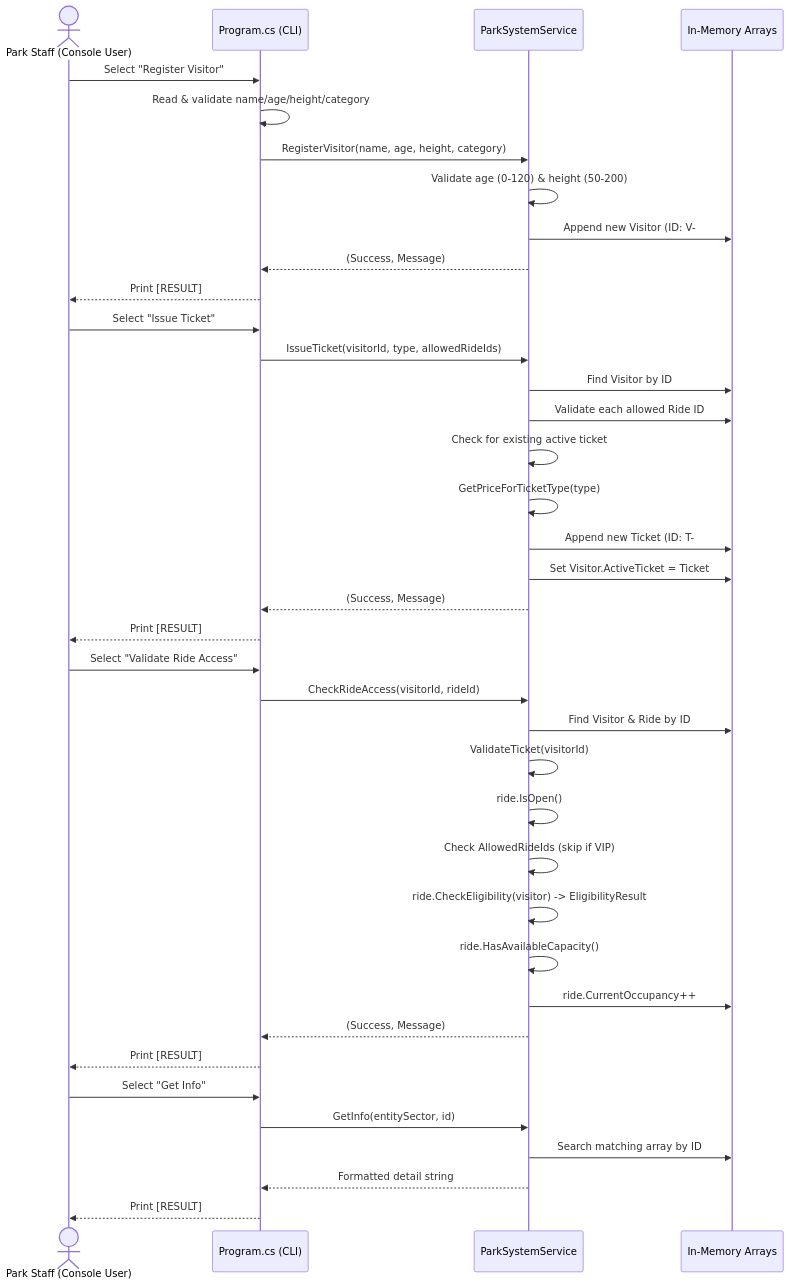
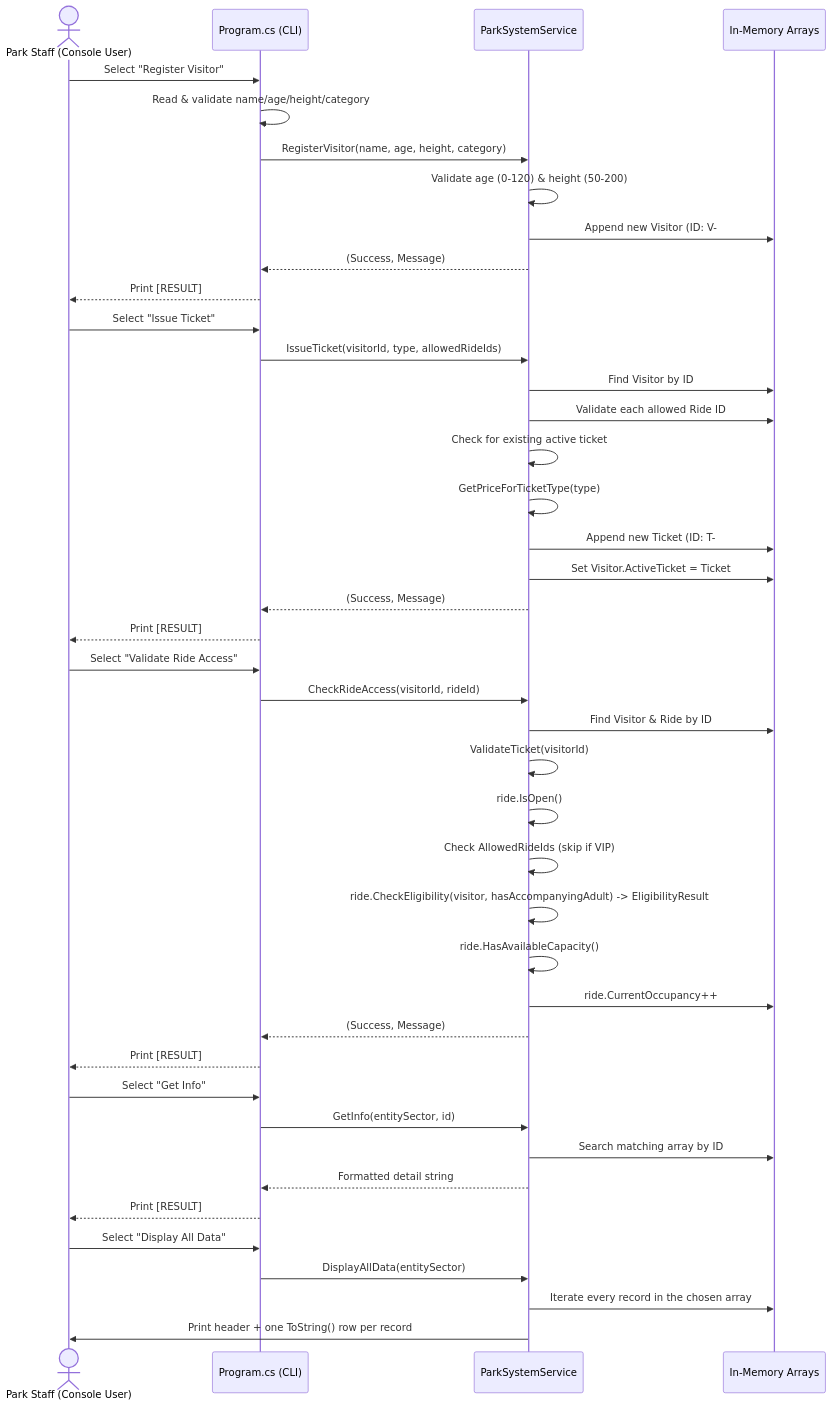
The second of 2 diagrams in README.md (Mohammadshaqboua/HorizonParkSystem), drawn with Mermaid before and after one commit. The commit also changed other lines of this file, not shown here.

````diff
--- a/README.md
+++ b/README.md
@@ -447,44 +482,49 @@
 ```mermaid
 sequenceDiagram
     actor Staff as Park Staff (Console User)
     participant Program as Program.cs (CLI)
     participant Service as ParkSystemService
     participant Store as In-Memory Arrays
 
     Staff->>Program: Select "Register Visitor"
     Program->>Program: Read & validate name/age/height/category
     Program->>Service: RegisterVisitor(name, age, height, category)
     Service->>Service: Validate age (0-120) & height (50-200)
     Service->>Store: Append new Visitor (ID: V-#)
     Service-->>Program: (Success, Message)
     Program-->>Staff: Print [RESULT]
 
     Staff->>Program: Select "Issue Ticket"
     Program->>Service: IssueTicket(visitorId, type, allowedRideIds)
     Service->>Store: Find Visitor by ID
     Service->>Store: Validate each allowed Ride ID
     Service->>Service: Check for existing active ticket
     Service->>Service: GetPriceForTicketType(type)
     Service->>Store: Append new Ticket (ID: T-#)
     Service->>Store: Set Visitor.ActiveTicket = Ticket
     Service-->>Program: (Success, Message)
     Program-->>Staff: Print [RESULT]
 
     Staff->>Program: Select "Validate Ride Access"
     Program->>Service: CheckRideAccess(visitorId, rideId)
     Service->>Store: Find Visitor & Ride by ID
     Service->>Service: ValidateTicket(visitorId)
     Service->>Service: ride.IsOpen()
     Service->>Service: Check AllowedRideIds (skip if VIP)
-    Service->>Service: ride.CheckEligibility(visitor) -> EligibilityResult
+    Service->>Service: ride.CheckEligibility(visitor, hasAccompanyingAdult) -> EligibilityResult
     Service->>Service: ride.HasAvailableCapacity()
     Service->>Store: ride.CurrentOccupancy++
     Service-->>Program: (Success, Message)
     Program-->>Staff: Print [RESULT]
 
     Staff->>Program: Select "Get Info"
     Program->>Service: GetInfo(entitySector, id)
     Service->>Store: Search matching array by ID
     Service-->>Program: Formatted detail string
     Program-->>Staff: Print [RESULT]
+
+    Staff->>Program: Select "Display All Data"
+    Program->>Service: DisplayAllData(entitySector)
+    Service->>Store: Iterate every record in the chosen array
+    Service->>Staff: Print header + one ToString() row per record
 ```
````
